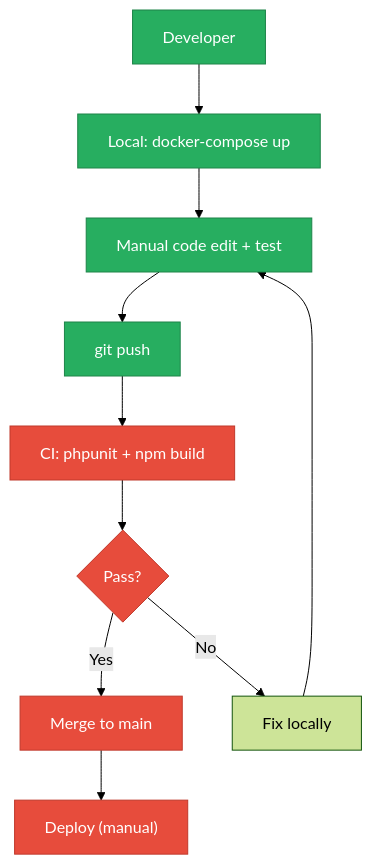
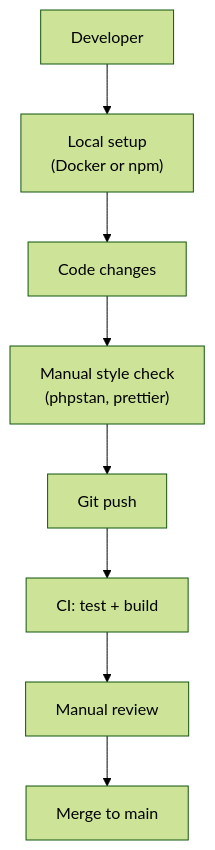
The first of 3 diagrams in docs/discovery/08-technical-debt.md (shende-shweta/FSDKC), drawn with Mermaid (forest theme) before and after one commit. The commit also changed other lines of this file and 3 other files, not shown here.

````diff
--- a/docs/discovery/08-technical-debt.md
+++ b/docs/discovery/08-technical-debt.md
@@ -197,16 +194,10 @@
 ```mermaid
 flowchart TD
-  A[Developer] --> B["Local: docker-compose up"]
-  B --> C["Manual code edit + test"]
-  C --> D["git push"]
-  D --> E["CI: phpunit + npm build"]
-  E --> F{Pass?}
-  F -->|Yes| G["Merge to main"]
-  F -->|No| H["Fix locally"]
-  H --> C
-  G --> I["Deploy (manual)"]
-  classDef debt fill:#e74c3c,stroke:#c0392b,color:#fff
-  classDef good fill:#27ae60,stroke:#1e8449,color:#fff
-  class A,B,C,D good
-  class E,F,G,I debt
+  A["Developer"] --> B["Local setup<br/>(Docker or npm)"]
+  B --> C["Code changes"]
+  C --> D["Manual style check<br/>(phpstan, prettier)"]
+  D --> E["Git push"]
+  E --> F["CI: test + build"]
+  F --> G["Manual review"]
+  G --> H["Merge to main"]
 ```
````
